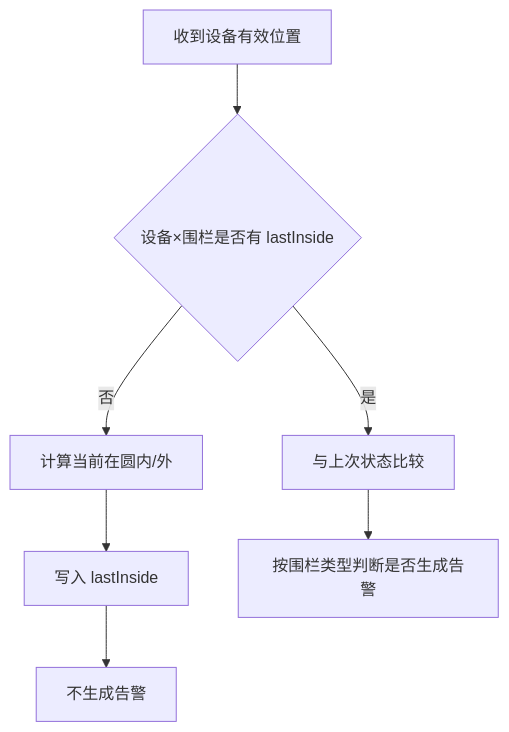
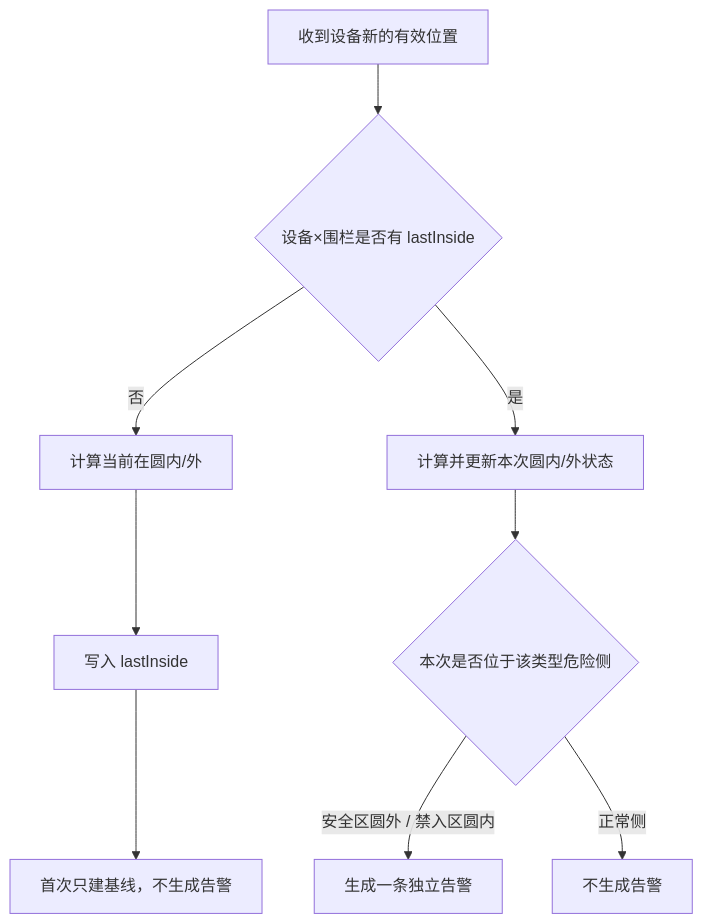
Before and after one commit to CuMgNa/skills: the eighth of 9 diagrams in docs/manuals/革泰/逻辑大纲/革泰 APP 地理围栏逻辑点梳理 plan.md, drawn with Mermaid. The commit also changed other lines of this file and 14 other files, not shown here.

````diff
--- a/docs/manuals/革泰/逻辑大纲/革泰 APP 地理围栏逻辑点梳理 plan.md
+++ b/docs/manuals/革泰/逻辑大纲/革泰 APP 地理围栏逻辑点梳理 plan.md
@@ -546,9 +547,11 @@
 ```mermaid
 flowchart TD
-    A["收到设备有效位置"] --> B{"设备×围栏是否有 lastInside"}
+    A["收到设备新的有效位置"] --> B{"设备×围栏是否有 lastInside"}
     B -->|"否"| C["计算当前在圆内/外"]
     C --> D["写入 lastInside"]
-    D --> E["不生成告警"]
-    B -->|"是"| F["与上次状态比较"]
-    F --> G["按围栏类型判断是否生成告警"]
+    D --> E["首次只建基线，不生成告警"]
+    B -->|"是"| F["计算并更新本次圆内/外状态"]
+    F --> G{"本次是否位于该类型危险侧"}
+    G -->|"安全区圆外 / 禁入区圆内"| H["生成一条独立告警"]
+    G -->|"正常侧"| I["不生成告警"]
 ```
````
